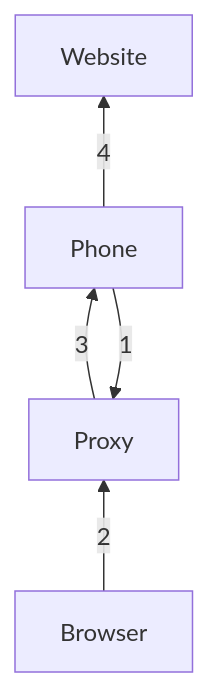
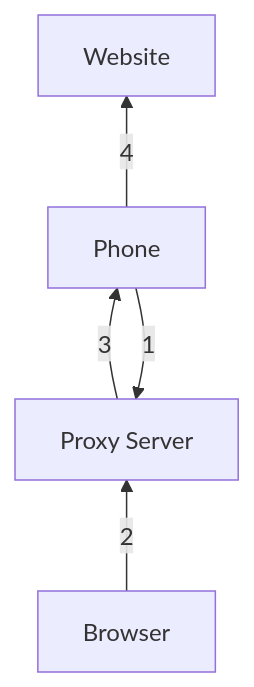
Before and after one commit to vgaj/proxy: the diagram in README.md, drawn with Mermaid. The commit also changed other lines of this file, not shown here.

````diff
--- a/README.md
+++ b/README.md
@@ -9,7 +44,7 @@
 ```mermaid
 flowchart BT
-    B[Browser] -- 2 --> P[Proxy]
+    B[Browser] -- 2 --> P[Proxy Server]
     M[Phone] -- 1 --> P
     P -- 3 --> M
     M -- 4 --> W[Website]
 ```
````
